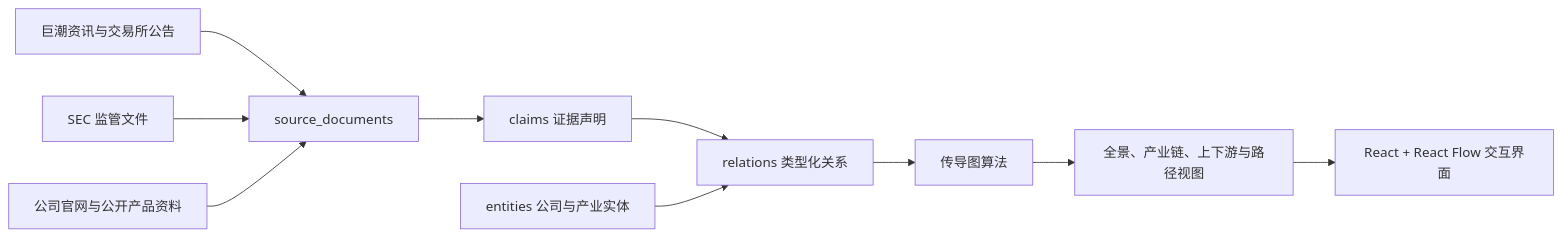
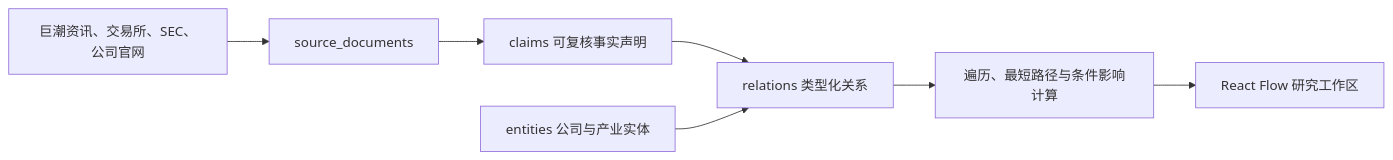
The third of 3 diagrams in README.md (judefluen-coder/ai-chaingraph), drawn with Mermaid before and after one commit. The commit also changed other lines of this file, not shown here.

````diff
--- a/README.md
+++ b/README.md
@@ -106,12 +135,9 @@
 ```mermaid
 flowchart LR
-    A["巨潮资讯与交易所公告"] --> D["source_documents"]
-    B["SEC 监管文件"] --> D
-    C["公司官网与公开产品资料"] --> D
-    D --> E["claims 证据声明"]
-    E --> F["relations 类型化关系"]
-    G["entities 公司与产业实体"] --> F
-    F --> H["传导图算法"]
-    H --> I["全景、产业链、上下游与路径视图"]
-    I --> J["React + React Flow 交互界面"]
+    A["巨潮资讯、交易所、SEC、公司官网"] --> B["source_documents"]
+    B --> C["claims 可复核事实声明"]
+    C --> D["relations 类型化关系"]
+    E["entities 公司与产业实体"] --> D
+    D --> F["遍历、最短路径与条件影响计算"]
+    F --> G["React Flow 研究工作区"]
 ```
````
